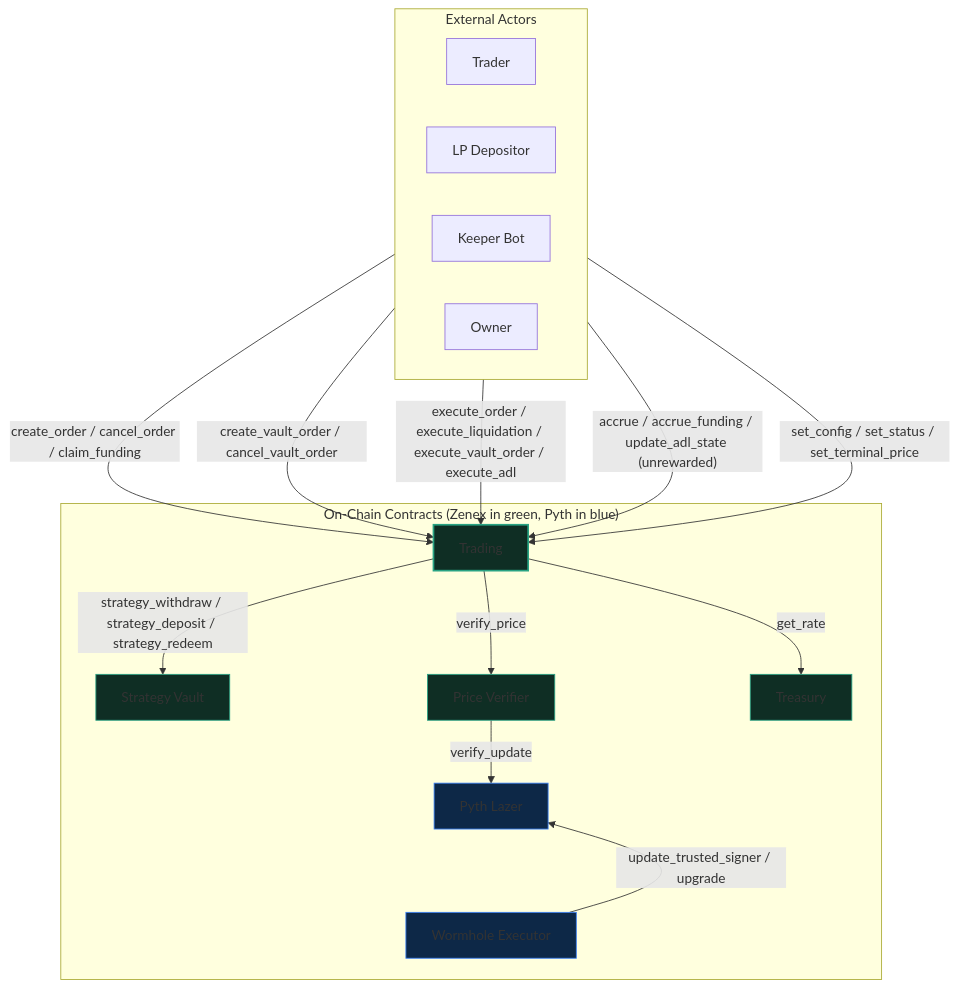
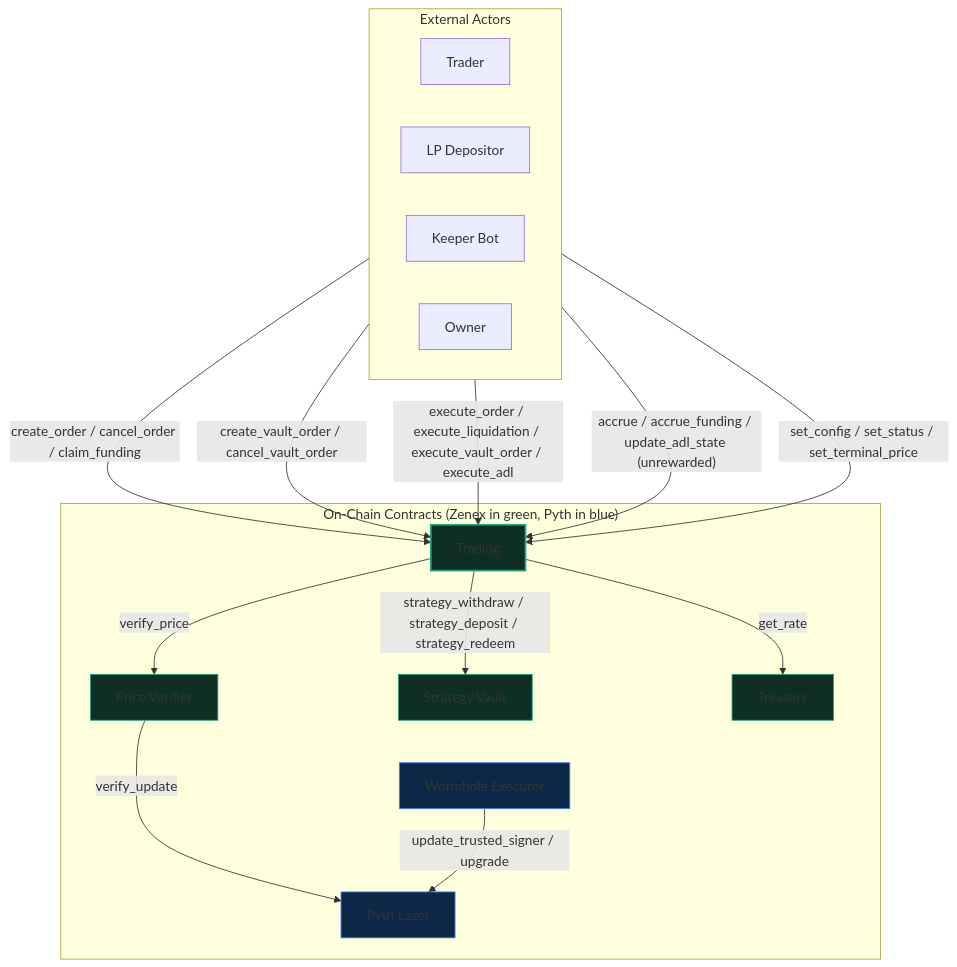
One commit to zenith-protocols/zenex-docs changed the diagram in technical/index.md. Above: the diagram before and after it, drawn with Mermaid. The commit also changed other lines of this file, not shown here.

First line of the commit message:
docs(technical): credit vault-order token flows to the LP Depositor role

````diff
--- a/technical/index.md
+++ b/technical/index.md
@@ -41,40 +41,42 @@
 ```mermaid
 flowchart TB
     subgraph Actors["External Actors"]
         direction LR
         Trader["Trader"]
         LP["LP Depositor"]
         Keeper["Keeper Bot"]
         Admin["Owner"]
     end
 
     subgraph Contracts["On-Chain Contracts (Zenex in green, Pyth in blue)"]
         Trading["Trading"]
         Vault["Strategy Vault"]
         PV["Price Verifier"]
         Treasury["Treasury"]
         Lazer["Pyth Lazer"]
         Executor["Wormhole Executor"]
     end
 
     Trader -->|"create_order / cancel_order / claim_funding"| Trading
     LP -->|"create_vault_order / cancel_vault_order"| Trading
     Keeper -->|"execute_order / execute_liquidation / execute_vault_order / execute_adl"| Trading
     Keeper -->|"accrue / accrue_funding / update_adl_state (unrewarded)"| Trading
     Admin -->|"set_config / set_status / set_terminal_price"| Trading
 
     Trading -->|"verify_price"| PV
     PV -->|"verify_update"| Lazer
     Trading -->|"strategy_withdraw / strategy_deposit / strategy_redeem"| Vault
     Trading -->|"get_rate"| Treasury
 
-    Lazer ~~~ Executor
     Executor -->|"update_trusted_signer / upgrade"| Lazer
+    Treasury ~~~ Executor
+    Vault ~~~ Executor
+    PV ~~~ Executor
 
     style Trading fill:#0f2e24,stroke:#29a383,stroke-width:2px
     style Vault fill:#0f2e24,stroke:#29a383
     style PV fill:#0f2e24,stroke:#29a383
     style Treasury fill:#0f2e24,stroke:#29a383
     style Lazer fill:#0d2847,stroke:#3b82f6
     style Executor fill:#0d2847,stroke:#3b82f6
 ```
````
